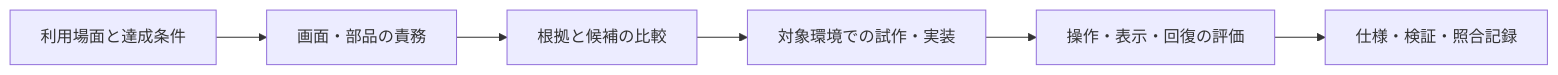
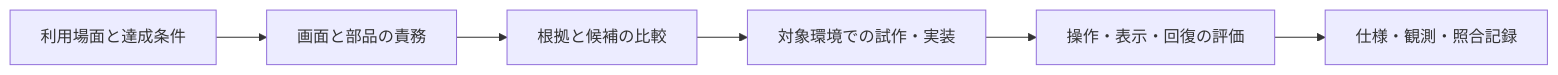
The diagram in tools/ui-design/workflow.md (9uiLe/nibble), drawn with Mermaid before and after one commit. The commit also changed other lines of this file and 9 other files, not shown here.

````diff
--- a/tools/ui-design/workflow.md
+++ b/tools/ui-design/workflow.md
@@ -7,8 +33,8 @@
 ```mermaid
 flowchart LR
-    A[利用場面と達成条件] --> B[画面・部品の責務]
+    A[利用場面と達成条件] --> B[画面と部品の責務]
     B --> C[根拠と候補の比較]
     C --> D[対象環境での試作・実装]
     D --> E[操作・表示・回復の評価]
-    E --> F[仕様・検証・照合記録]
+    E --> F[仕様・観測・照合記録]
 ```
````
